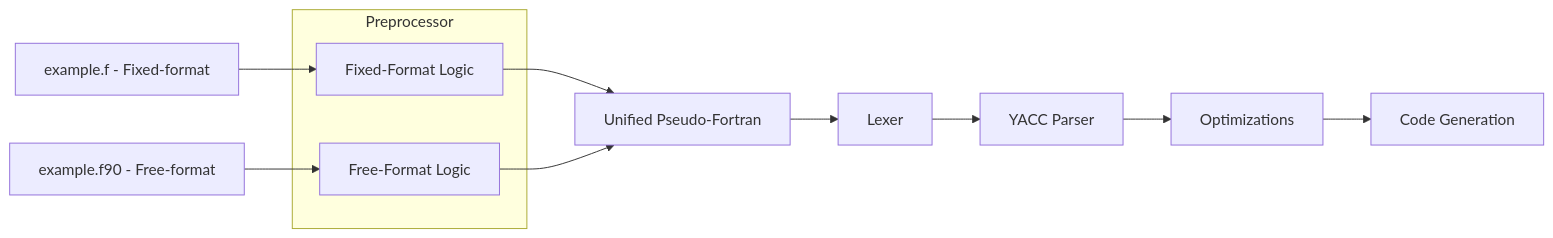
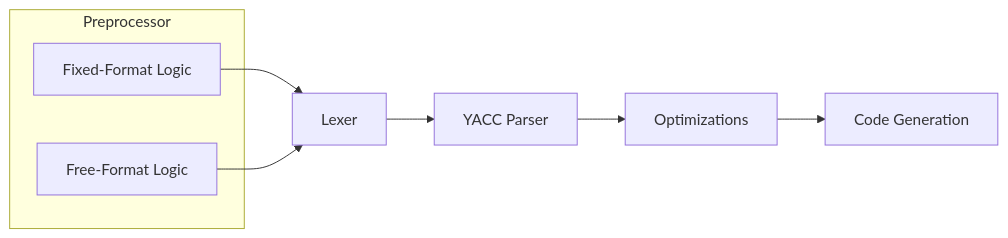
One commit to migueltc13/project-LP changed the diagram in README.md. Above: the diagram before and after it, drawn with Mermaid.

Commit message:
docs(README.md): update "Compiler Pipeline" mermaid diagram

````diff
--- a/README.md
+++ b/README.md
@@ -13,33 +13,40 @@
 ```mermaid
 graph LR
     %% Source Files
-    F77[example.f - Fixed-format]
-    F90[example.f90 - Free-format]
+    %% F77[example.f - Fixed-format]
+    %% F90[example.f90 - Free-format]
 
     %% Preprocessing Layer
     subgraph Preprocessor
         P_FIXED[Fixed-Format Logic]
         P_FREE[Free-Format Logic]
     end
 
     %% Unified Path
-    UNIFIED[Unified Pseudo-Fortran]
+    %% UNIFIED[Unified Pseudo-Fortran]
 
     %% Analysis
     LEX[Lexer]
     YACC[YACC Parser]
 
     %% Backend
     OPT[Optimizations]
     GEN[Code Generation]
 
+    %% Connections with (source files and unified pseudo-Fortran)
+    %% F77 --> P_FIXED
+    %% F90 --> P_FREE
+    %% P_FIXED --> UNIFIED
+    %% P_FREE --> UNIFIED
+    %% UNIFIED --> LEX
+    %% LEX --> YACC
+    %% YACC --> OPT
+    %% OPT --> GEN
+
     %% Connections
-    F77 --> P_FIXED
-    F90 --> P_FREE
-    P_FIXED --> UNIFIED
-    P_FREE --> UNIFIED
-    UNIFIED --> LEX
+    P_FIXED --> LEX
+    P_FREE --> LEX
     LEX --> YACC
     YACC --> OPT
     OPT --> GEN
 ```
````
